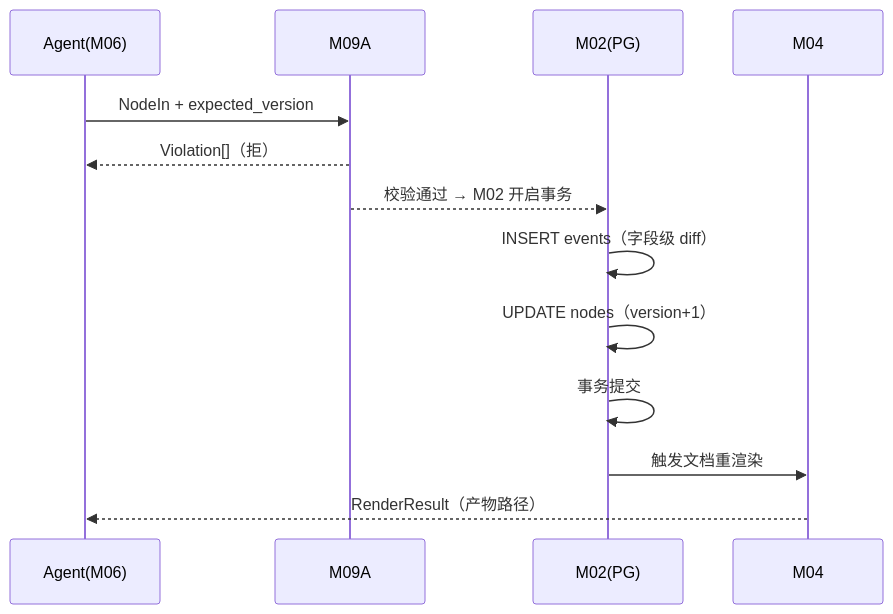
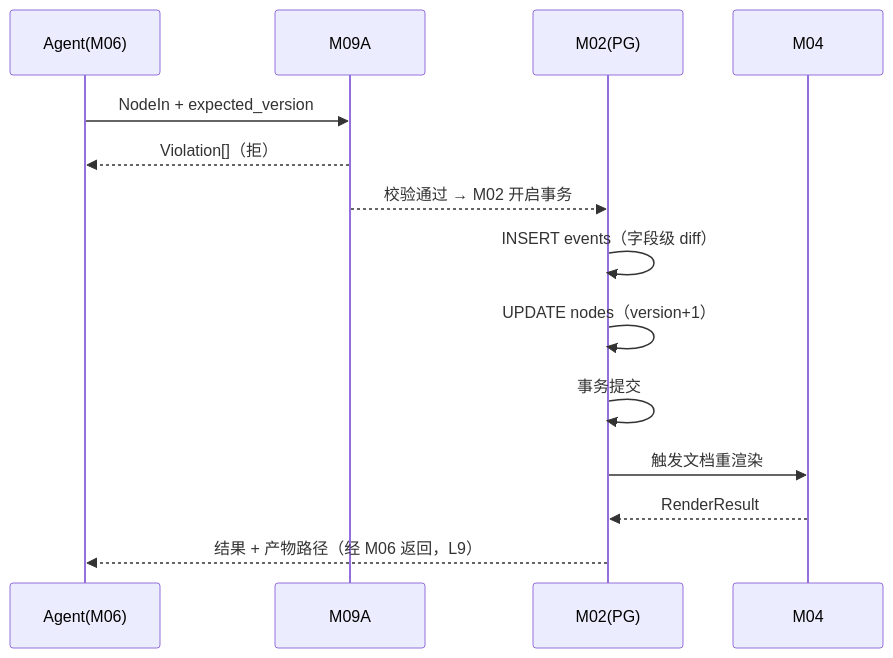
Before and after one commit to amoslee2026/AgenticDocer: the second of 4 diagrams in spec/arch_spec/data_flow_diagrams.md, drawn with Mermaid. The commit also changed other lines of this file and 5 other files, not shown here.

````diff
--- a/spec/arch_spec/data_flow_diagrams.md
+++ b/spec/arch_spec/data_flow_diagrams.md
@@ -50,15 +50,16 @@
 ```mermaid
 sequenceDiagram
     participant A as Agent(M06)
     participant V as M09A
     participant S as M02(PG)
     participant R as M04
     A->>V: NodeIn + expected_version
     V-->>A: Violation[]（拒）
     V-->>S: 校验通过 → M02 开启事务
     S->>S: INSERT events（字段级 diff）
     S->>S: UPDATE nodes（version+1）
     S->>S: 事务提交
     S->>R: 触发文档重渲染
-    R-->>A: RenderResult（产物路径）
+    R-->>S: RenderResult
+    S-->>A: 结果 + 产物路径（经 M06 返回，L9）
 ```
````
